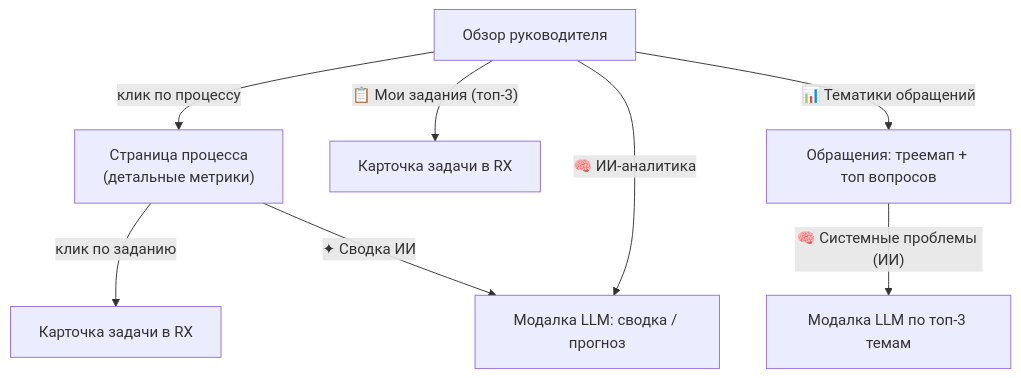
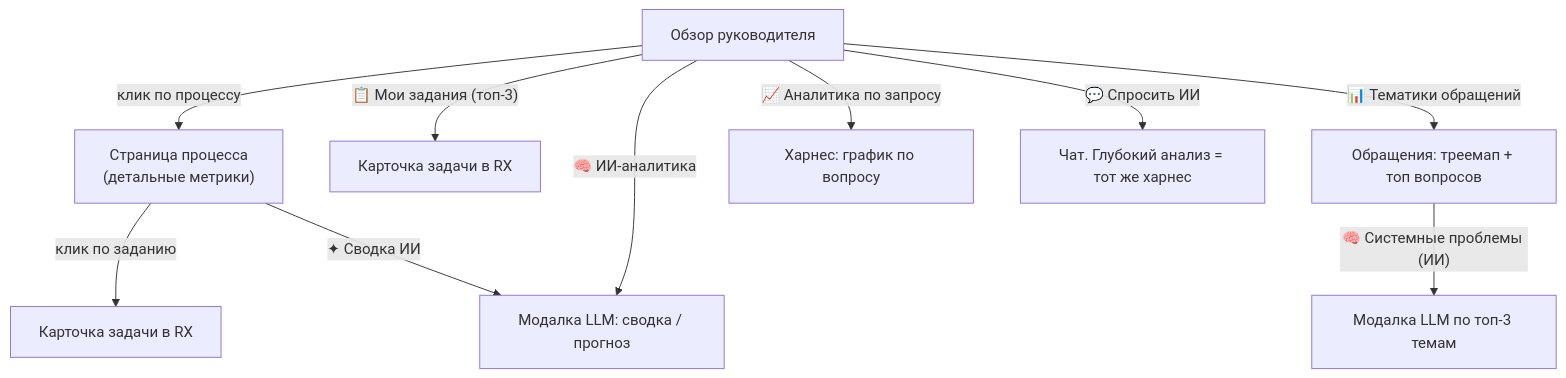
One commit to nikitakorotaevnikita-sudo/ARMGov-Dashboard changed the sixth of 6 diagrams in README.md. Above: the diagram before and after it, drawn with Mermaid. The commit also changed other lines of this file, not shown here.

````diff
--- a/README.md
+++ b/README.md
@@ -308,11 +334,13 @@
 ```mermaid
 flowchart TD
   Start["Обзор руководителя"]
   Start -->|"клик по процессу"| Proc["Страница процесса<br/>(детальные метрики)"]
   Start -->|"📋 Мои задания (топ-3)"| RX1["Карточка задачи в RX"]
   Start -->|"📊 Тематики обращений"| App["Обращения: треемап + топ вопросов"]
   Start -->|"🧠 ИИ-аналитика"| AIs["Модалка LLM: сводка / прогноз"]
+  Start -->|"📈 Аналитика по запросу"| Canvas["Харнес: график по вопросу"]
+  Start -->|"💬 Спросить ИИ"| Chat["Чат. Глубокий анализ = тот же харнес"]
   App -->|"🧠 Системные проблемы (ИИ)"| AIx["Модалка LLM по топ-3 темам"]
   Proc -->|"клик по заданию"| RX2["Карточка задачи в RX"]
   Proc -->|"✦ Сводка ИИ"| AIs
 ```
````
